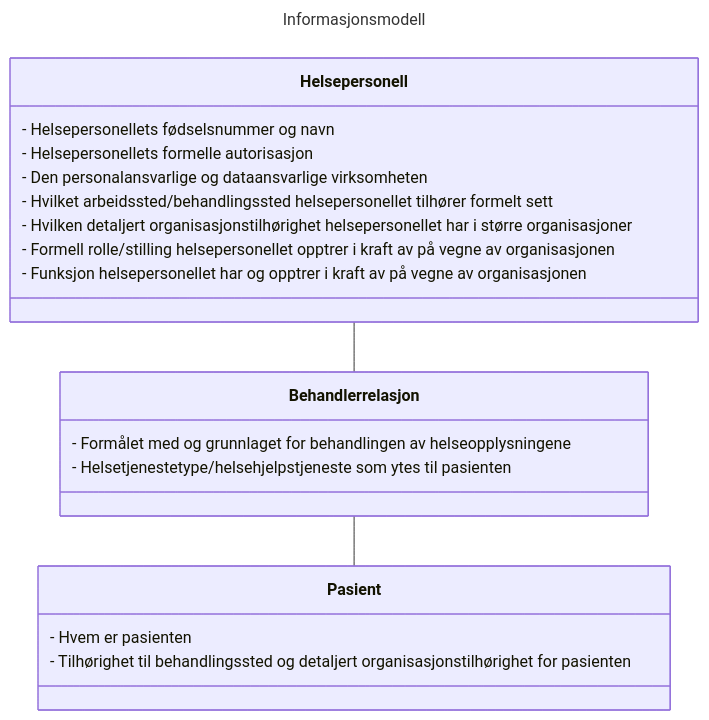
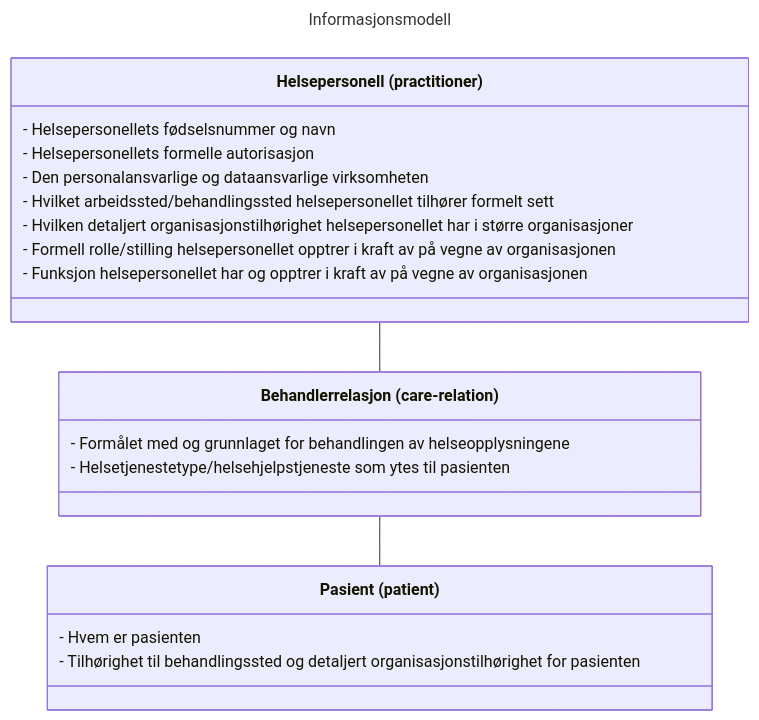
Before and after one commit to NorskHelsenett/Tillitsrammeverk: the first of 3 diagrams in specs/informasjons_og_datamodell.md, drawn with Mermaid. The commit also changed other lines of this file, not shown here.

Commit message:
Oppdatert modelldiagram

````diff
--- a/specs/informasjons_og_datamodell.md
+++ b/specs/informasjons_og_datamodell.md
@@ -136,27 +136,28 @@
 ```mermaid
 ---
 title: Informasjonsmodell
 ---
 classDiagram
-	Helsepersonell -- Behandlerrelasjon
-	Behandlerrelasjon -- Pasient
+	Practitioner -- CareRelation
+	CareRelation -- Patient
 
-    class Helsepersonell{
+    class Practitioner["Helsepersonell (practitioner)"] {
 		- Helsepersonellets fødselsnummer og navn
 		- Helsepersonellets formelle autorisasjon
 		- Den personalansvarlige og dataansvarlige virksomheten
 		- Hvilket arbeidssted/behandlingssted helsepersonellet tilhører formelt sett
 		- Hvilken detaljert organisasjonstilhørighet helsepersonellet har i større organisasjoner
 		- Formell rolle/stilling helsepersonellet opptrer i kraft av på vegne av organisasjonen
 		- Funksjon helsepersonellet har og opptrer i kraft av på vegne av organisasjonen
     }
-    class Behandlerrelasjon{
+
+    class CareRelation["Behandlerrelasjon (care-relation)"] {
 		- Formålet med og grunnlaget for behandlingen av helseopplysningene
 		- Helsetjenestetype/helsehjelpstjeneste som ytes til pasienten
     }
-    class Pasient{
+    class Patient["Pasient (patient)"] {
 		- Hvem er pasienten
 		- Tilhørighet til behandlingssted og detaljert organisasjonstilhørighet for pasienten
     }
 
 ```
````
